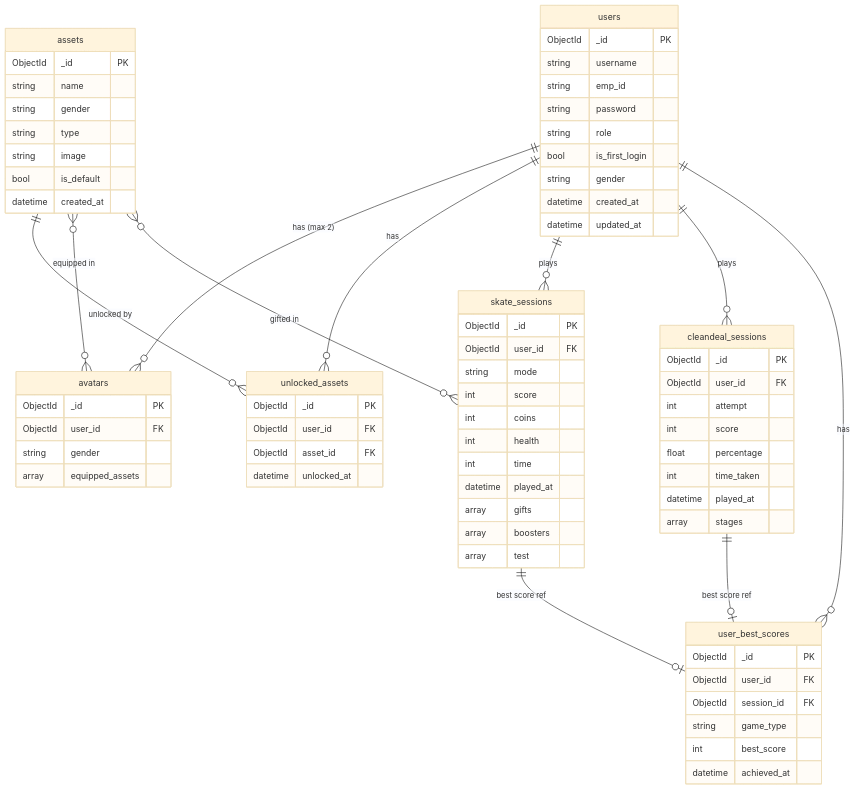
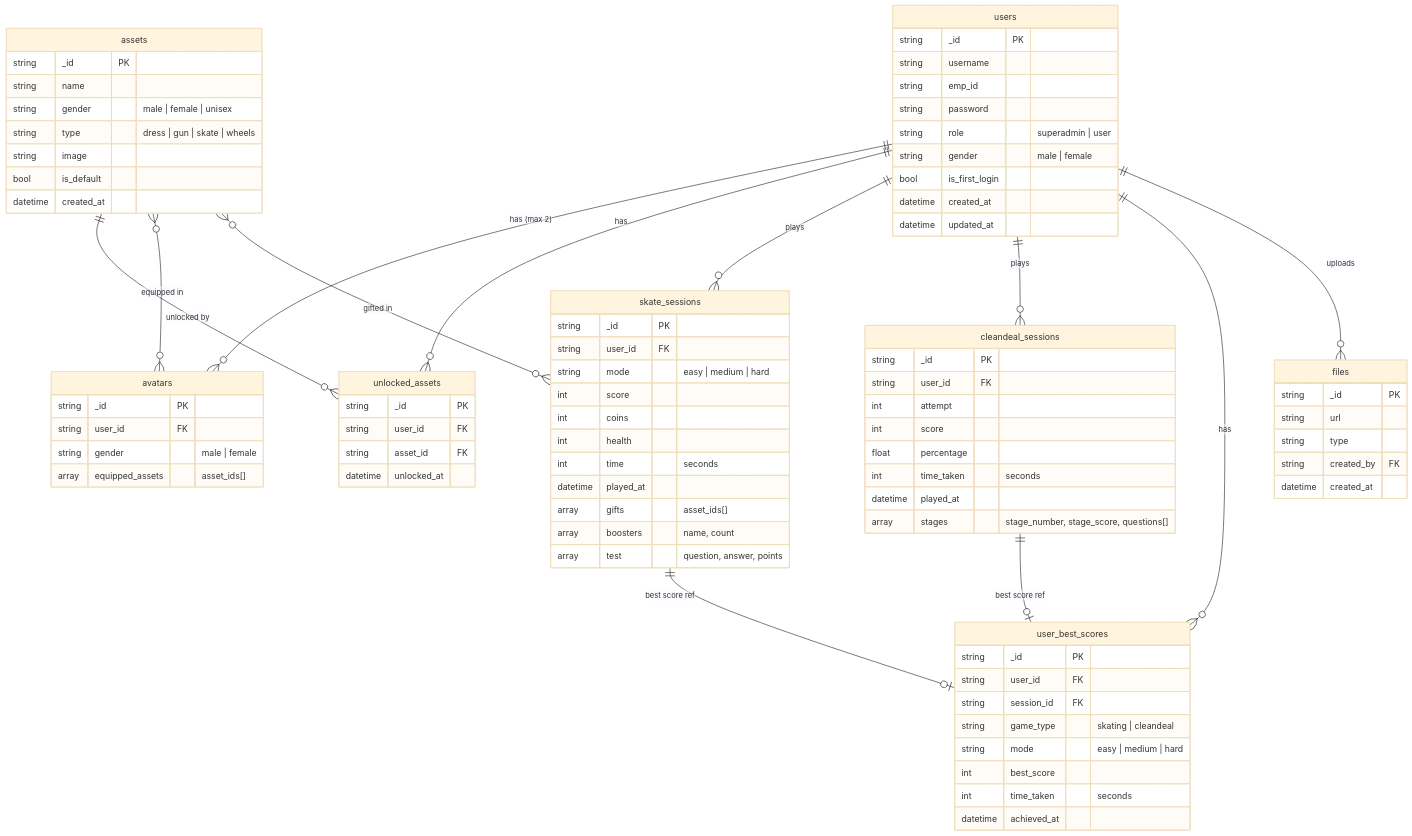
The diagram in relationship.mmd (Pravinece/VR_PY), drawn with Mermaid (base theme) before and after one commit. The commit also changed 7 other files, not shown here.

```diff
--- a/relationship.mmd
+++ b/relationship.mmd
@@ -1,84 +1,95 @@
 erDiagram
 
     users {
-        ObjectId _id PK
+        string _id PK
         string username
         string emp_id
         string password
-        string role
+        string role "superadmin | user"
+        string gender "male | female"
         bool is_first_login
-        string gender
         datetime created_at
         datetime updated_at
     }
 
     assets {
-        ObjectId _id PK
+        string _id PK
         string name
-        string gender
-        string type
+        string gender "male | female | unisex"
+        string type "dress | gun | skate | wheels"
         string image
         bool is_default
         datetime created_at
     }
 
     avatars {
-        ObjectId _id PK
-        ObjectId user_id FK
-        string gender
-        array equipped_assets
+        string _id PK
+        string user_id FK
+        string gender "male | female"
+        array equipped_assets "asset_ids[]"
     }
 
     unlocked_assets {
-        ObjectId _id PK
-        ObjectId user_id FK
-        ObjectId asset_id FK
+        string _id PK
+        string user_id FK
+        string asset_id FK
         datetime unlocked_at
     }
 
     skate_sessions {
-        ObjectId _id PK
-        ObjectId user_id FK
-        string mode
+        string _id PK
+        string user_id FK
+        string mode "easy | medium | hard"
         int score
         int coins
         int health
-        int time
+        int time "seconds"
         datetime played_at
-        array gifts
-        array boosters
-        array test
+        array gifts "asset_ids[]"
+        array boosters "name, count"
+        array test "question, answer, points"
     }
 
     cleandeal_sessions {
-        ObjectId _id PK
-        ObjectId user_id FK
+        string _id PK
+        string user_id FK
         int attempt
         int score
         float percentage
-        int time_taken
+        int time_taken "seconds"
         datetime played_at
-        array stages
+        array stages "stage_number, stage_score, questions[]"
     }
 
     user_best_scores {
-        ObjectId _id PK
-        ObjectId user_id FK
-        ObjectId session_id FK
-        string game_type
+        string _id PK
+        string user_id FK
+        string session_id FK
+        string game_type "skating | cleandeal"
+        string mode "easy | medium | hard"
         int best_score
+        int time_taken "seconds"
         datetime achieved_at
+    }
+
+    files {
+        string _id PK
+        string url
+        string type
+        string created_by FK
+        datetime created_at
     }
 
     users ||--o{ avatars : "has (max 2)"
     users ||--o{ unlocked_assets : "has"
     users ||--o{ skate_sessions : "plays"
     users ||--o{ cleandeal_sessions : "plays"
     users ||--o{ user_best_scores : "has"
+    users ||--o{ files : "uploads"
 
     assets ||--o{ unlocked_assets : "unlocked by"
     assets }o--o{ avatars : "equipped in"
     assets }o--o{ skate_sessions : "gifted in"
 
     skate_sessions ||--o| user_best_scores : "best score ref"
     cleandeal_sessions ||--o| user_best_scores : "best score ref"
```
